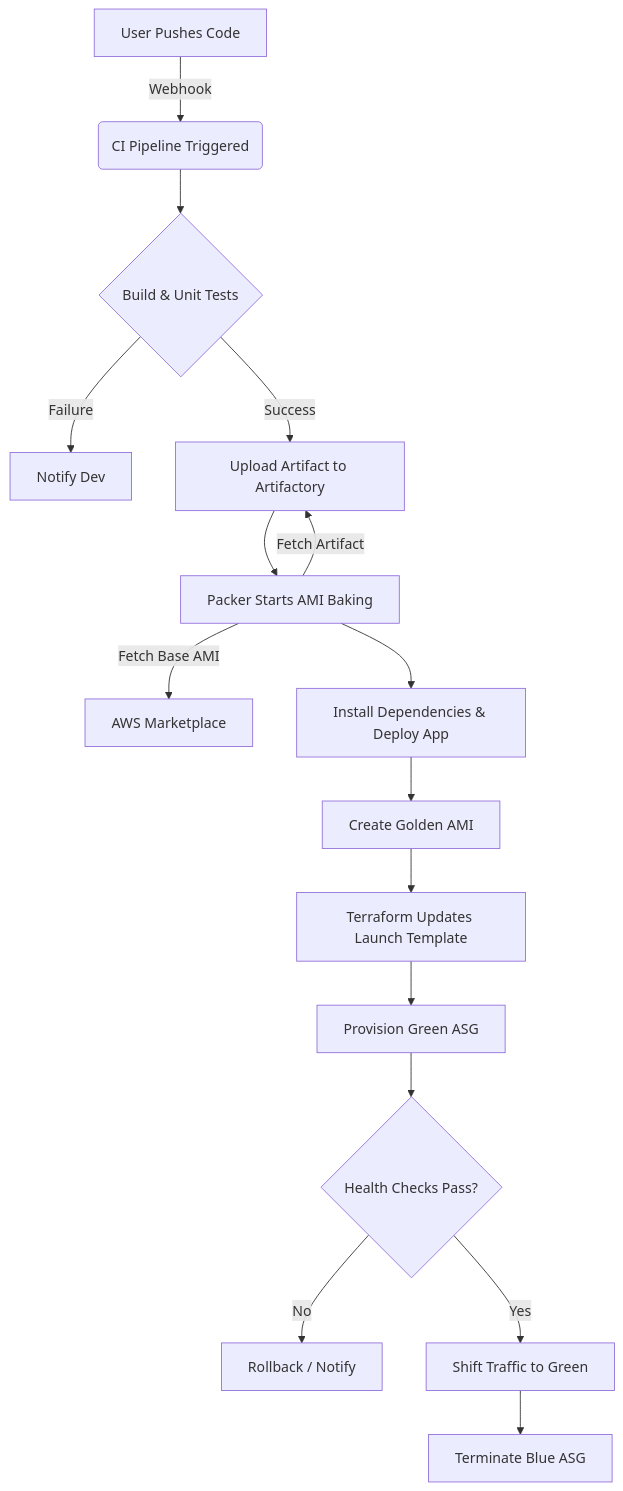
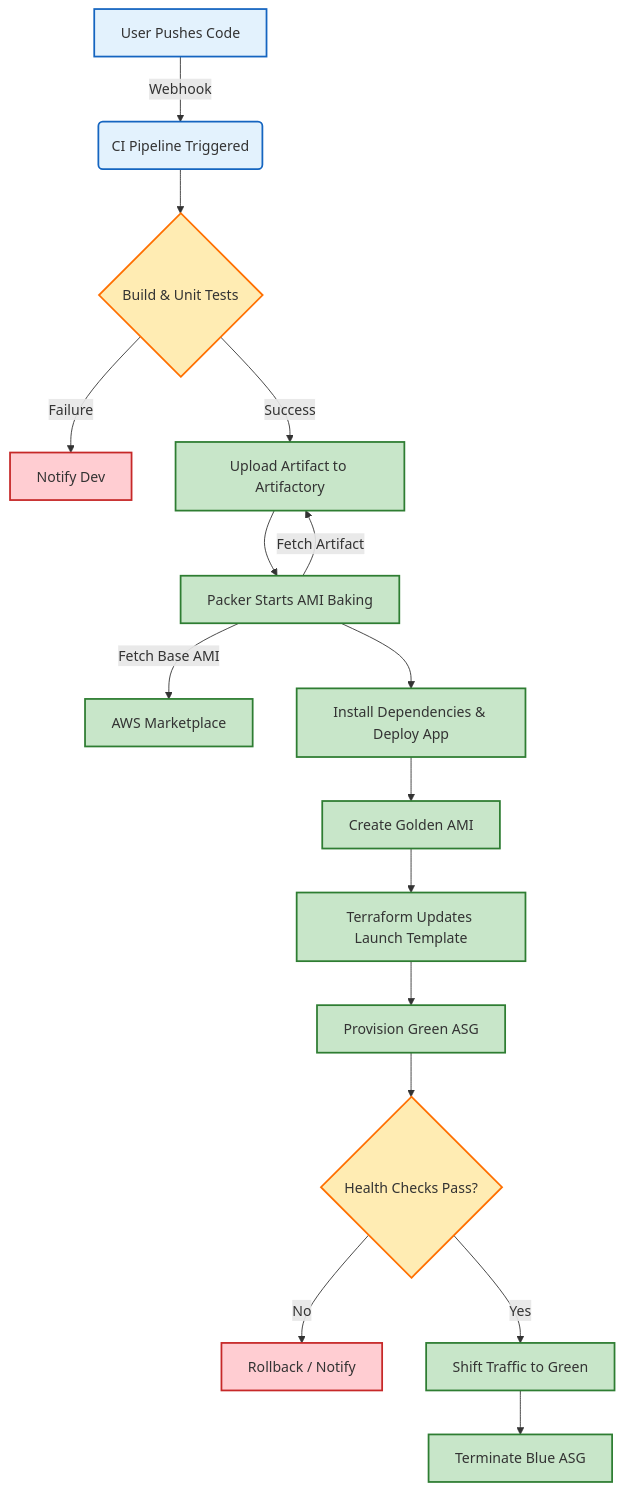
Before and after one commit to BakeFoundry/bakefoundry-platform-documentation: the diagram in README.md, drawn with Mermaid.

Commit message:
docs: Beautify Mermaid flowchart with status colors

````diff
--- a/README.md
+++ b/README.md
@@ -30,18 +30,29 @@
 ```mermaid
 graph TD
     A[User Pushes Code] -->|Webhook| B(CI Pipeline Triggered)
     B --> C{Build & Unit Tests}
     C -->|Failure| D[Notify Dev]
     C -->|Success| E[Upload Artifact to Artifactory]
     E --> F[Packer Starts AMI Baking]
     F -->|Fetch Base AMI| G[AWS Marketplace]
     F -->|Fetch Artifact| E
     F --> H[Install Dependencies & Deploy App]
     H --> I[Create Golden AMI]
     I --> J[Terraform Updates Launch Template]
     J --> K[Provision Green ASG]
     K --> L{Health Checks Pass?}
     L -->|No| M[Rollback / Notify]
     L -->|Yes| N[Shift Traffic to Green]
     N --> O[Terminate Blue ASG]
+
+    %% Styling
+    classDef condition fill:#ffecb3,stroke:#ff6f00,stroke-width:2px;
+    classDef success fill:#c8e6c9,stroke:#2e7d32,stroke-width:2px;
+    classDef failure fill:#ffcdd2,stroke:#c62828,stroke-width:2px;
+    classDef standard fill:#e3f2fd,stroke:#1565c0,stroke-width:2px;
+
+    class C,L condition;
+    class E,F,G,H,I,J,K,N,O success;
+    class D,M failure;
+    class A,B standard;
 ```
````
